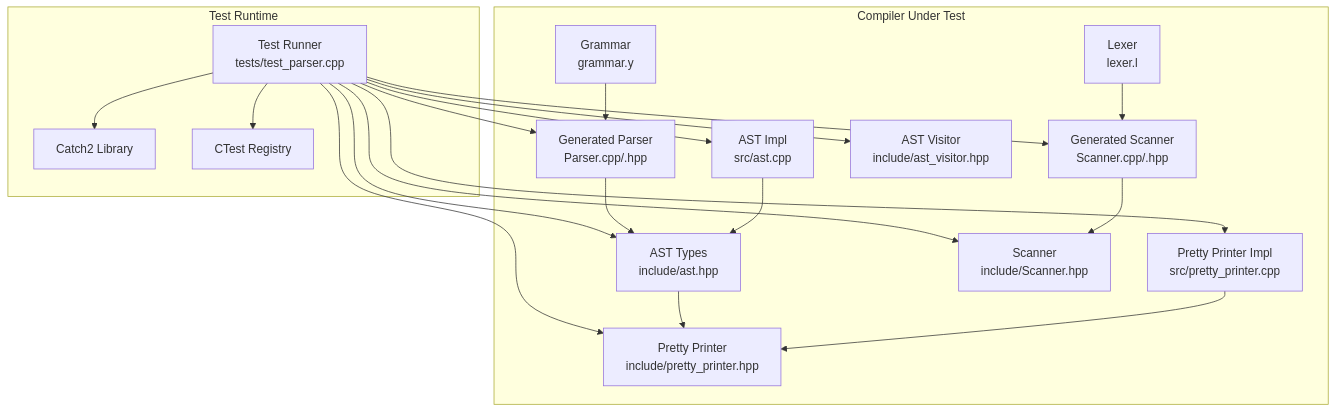
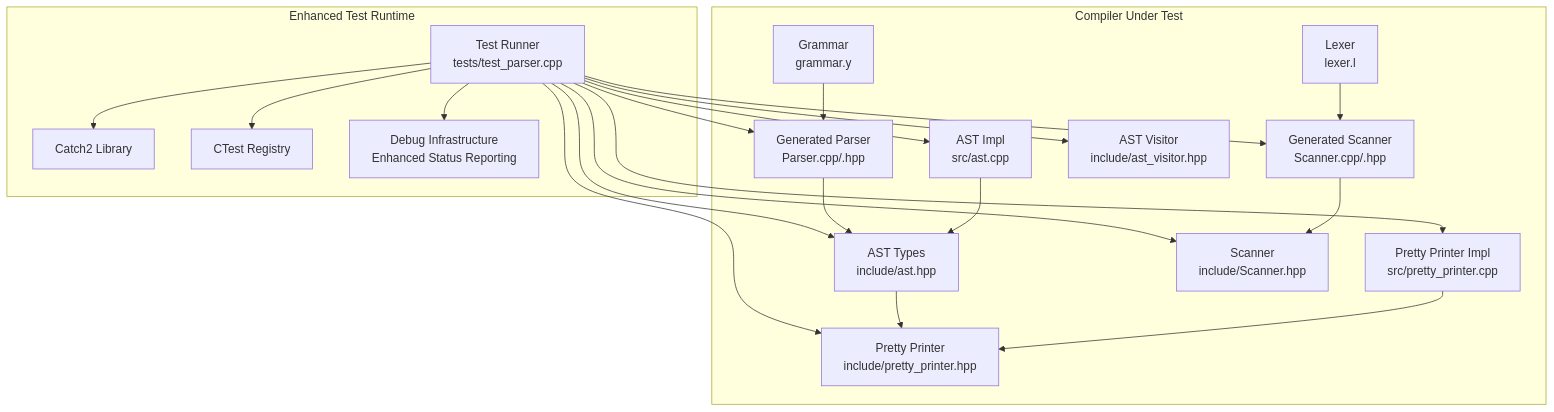
One commit to littlebirds/modern_bision changed the second of 5 diagrams in .qoder/repowiki/en/content/Testing Framework.md. Above: the diagram before and after it, drawn with Mermaid. The commit also changed other lines of this file and 3 other files, not shown here.

````diff
--- a/.qoder/repowiki/en/content/Testing Framework.md
+++ b/.qoder/repowiki/en/content/Testing Framework.md
@@ -137,37 +141,39 @@
 ```mermaid
 graph TB
-subgraph "Test Runtime"
+subgraph "Enhanced Test Runtime"
 TR["Test Runner<br/>tests/test_parser.cpp"]
 C2["Catch2 Library"]
 CTest["CTest Registry"]
+Debug["Debug Infrastructure<br/>Enhanced Status Reporting"]
 end
 subgraph "Compiler Under Test"
 G["Grammar<br/>grammar.y"]
 L["Lexer<br/>lexer.l"]
 PGen["Generated Parser<br/>Parser.cpp/.hpp"]
 SGen["Generated Scanner<br/>Scanner.cpp/.hpp"]
 AST["AST Types<br/>include/ast.hpp"]
 AV["AST Visitor<br/>include/ast_visitor.hpp"]
 PP["Pretty Printer<br/>include/pretty_printer.hpp"]
 ASTImpl["AST Impl<br/>src/ast.cpp"]
 PPImpl["Pretty Printer Impl<br/>src/pretty_printer.cpp"]
 SC["Scanner<br/>include/Scanner.hpp"]
 end
 TR --> C2
 TR --> CTest
+TR --> Debug
 TR --> SC
 TR --> PGen
 TR --> SGen
 TR --> AST
 TR --> AV
 TR --> PP
 TR --> ASTImpl
 TR --> PPImpl
 G --> PGen
 L --> SGen
 PGen --> AST
 SGen --> SC
 AST --> PP
 ASTImpl --> AST
 PPImpl --> PP
 ```
````
